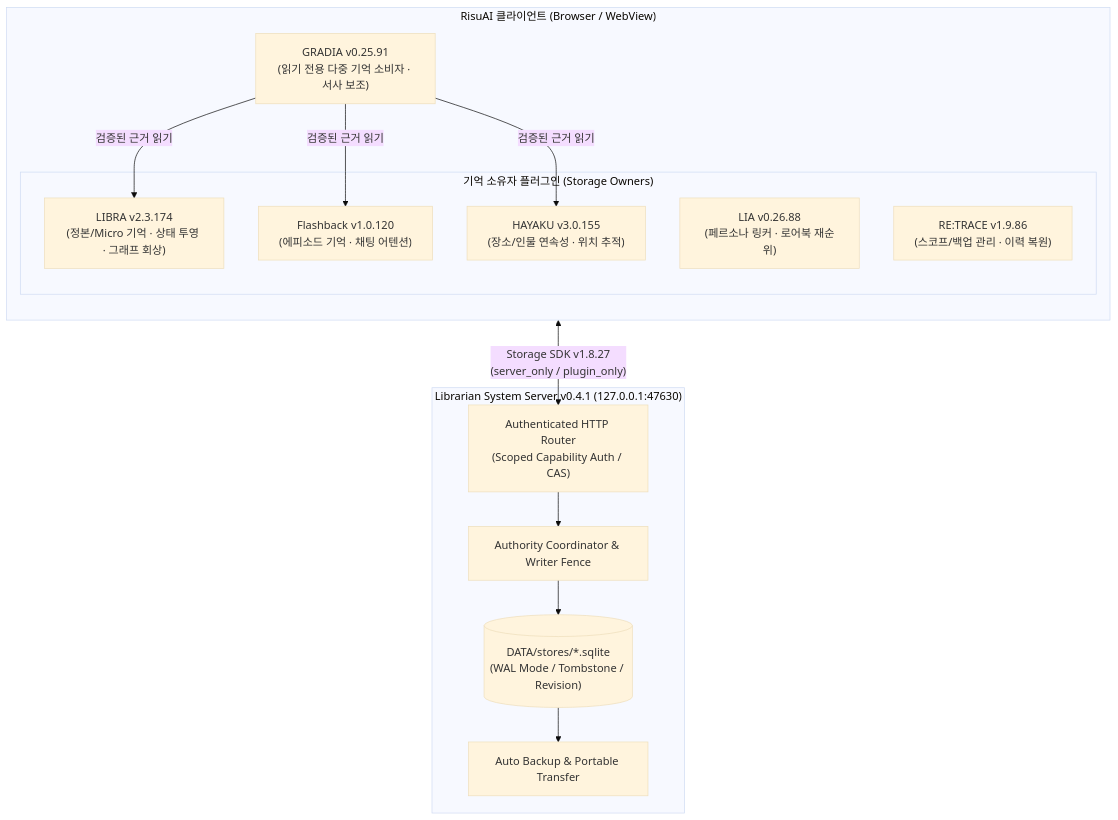
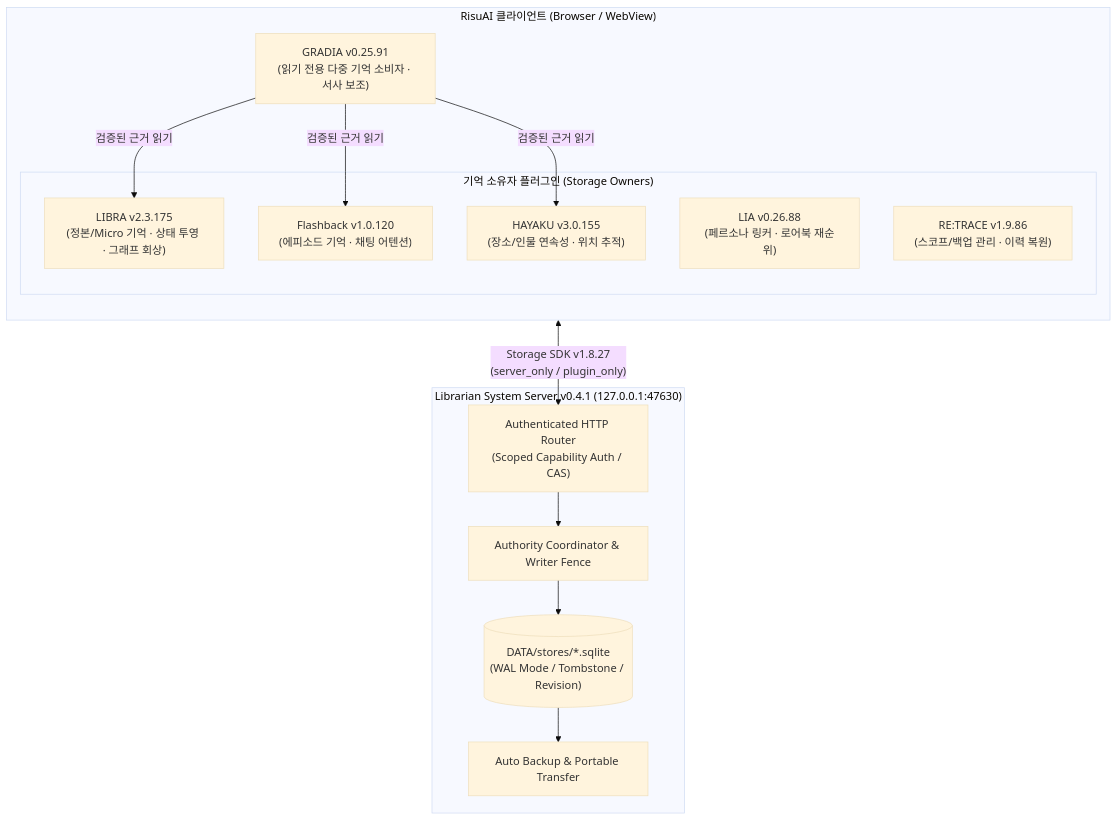
The diagram in README.md (rusinus12-droid/Librarian-System), drawn with Mermaid (base theme) before and after one commit. The commit also changed other lines of this file and 9 other files, not shown here.

````diff
--- a/README.md
+++ b/README.md
@@ -25,26 +25,26 @@
 ```mermaid
 flowchart TB
     subgraph Host["RisuAI 클라이언트 (Browser / WebView)"]
         direction TB
         subgraph Owners["기억 소유자 플러그인 (Storage Owners)"]
-            LIBRA["LIBRA v2.3.174<br/>(정본/Micro 기억 · 상태 투영 · 그래프 회상)"]
+            LIBRA["LIBRA v2.3.175<br/>(정본/Micro 기억 · 상태 투영 · 그래프 회상)"]
             FB["Flashback v1.0.120<br/>(에피소드 기억 · 채팅 어텐션)"]
             HAYAKU["HAYAKU v3.0.155<br/>(장소/인물 연속성 · 위치 추적)"]
             LIA["LIA v0.26.88<br/>(페르소나 링커 · 로어북 재순위)"]
             RETRACE["RE:TRACE v1.9.86<br/>(스코프/백업 관리 · 이력 복원)"]
         end
         GRADIA["GRADIA v0.25.91<br/>(읽기 전용 다중 기억 소비자 · 서사 보조)"]
         GRADIA -->|검증된 근거 읽기| LIBRA & FB & HAYAKU
     end
 
     subgraph Server["Librarian System Server v0.4.1 (127.0.0.1:47630)"]
         Router["Authenticated HTTP Router<br/>(Scoped Capability Auth / CAS)"]
         Coord["Authority Coordinator & Writer Fence"]
         SQLite[("DATA/stores/*.sqlite<br/>(WAL Mode / Tombstone / Revision)")]
         Backup["Auto Backup & Portable Transfer"]
         Router --> Coord --> SQLite
         SQLite --> Backup
     end
 
     Owners <-->|"Storage SDK v1.8.27<br/>(server_only / plugin_only)"| Router
 ```
````
